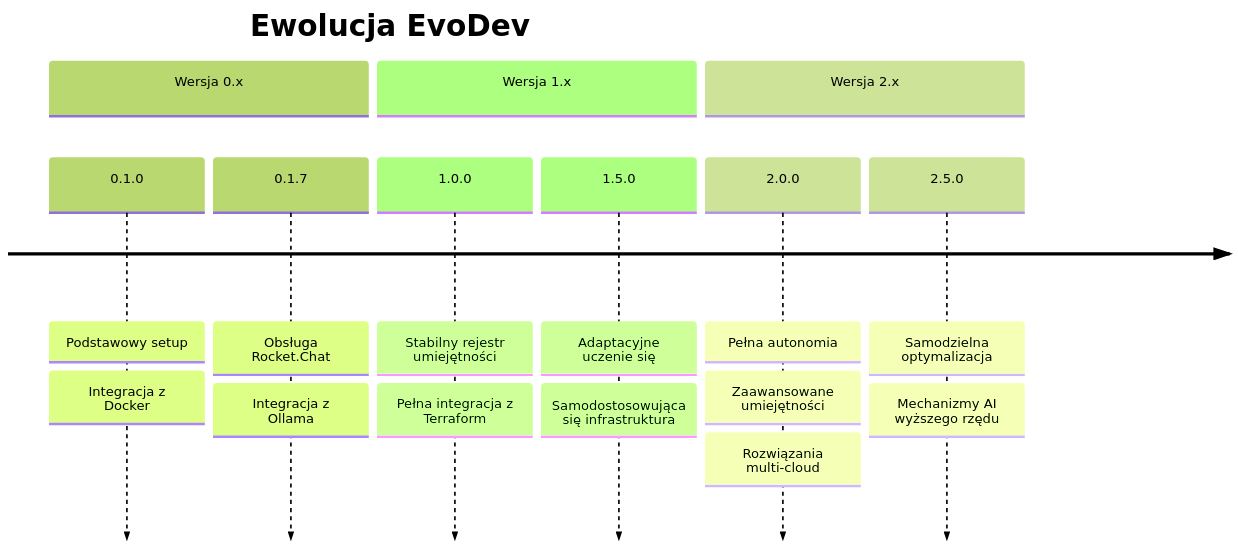
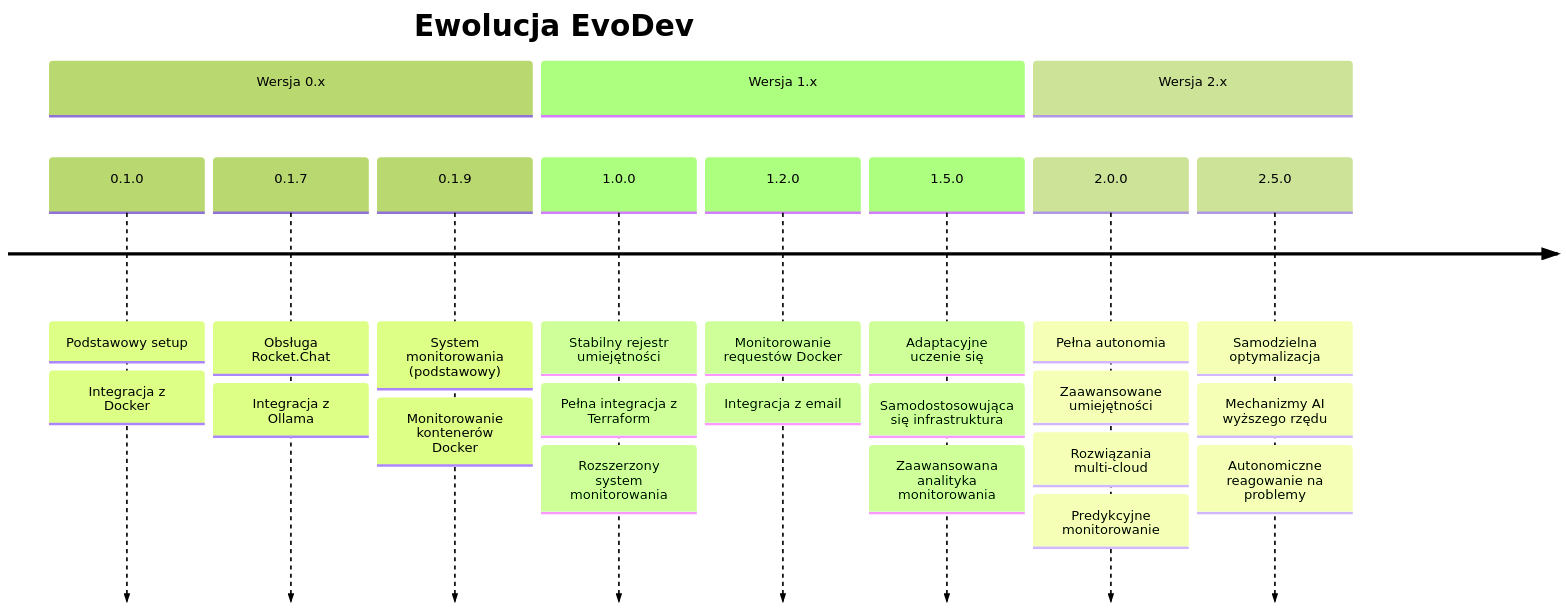
Before and after one commit to tom-sapletta-com/autodev: the fourth of 4 diagrams in documentation.md, drawn with Mermaid (forest theme). The commit also changed other lines of this file and 4 other files, not shown here.

````diff
--- a/documentation.md
+++ b/documentation.md
@@ -168,20 +263,28 @@
 ```mermaid
 timeline
     title Ewolucja EvoDev
     section Wersja 0.x
         0.1.0 : Podstawowy setup
              : Integracja z Docker
         0.1.7 : Obsługa Rocket.Chat
              : Integracja z Ollama
+        0.1.9 : System monitorowania (podstawowy)
+             : Monitorowanie kontenerów Docker
     section Wersja 1.x
         1.0.0 : Stabilny rejestr umiejętności
              : Pełna integracja z Terraform
+             : Rozszerzony system monitorowania
+        1.2.0 : Monitorowanie requestów Docker
+             : Integracja z email
         1.5.0 : Adaptacyjne uczenie się
              : Samodostosowująca się infrastruktura
+             : Zaawansowana analityka monitorowania
     section Wersja 2.x
         2.0.0 : Pełna autonomia
              : Zaawansowane umiejętności
              : Rozwiązania multi-cloud
+             : Predykcyjne monitorowanie
         2.5.0 : Samodzielna optymalizacja
              : Mechanizmy AI wyższego rzędu
+             : Autonomiczne reagowanie na problemy
 ```
````
